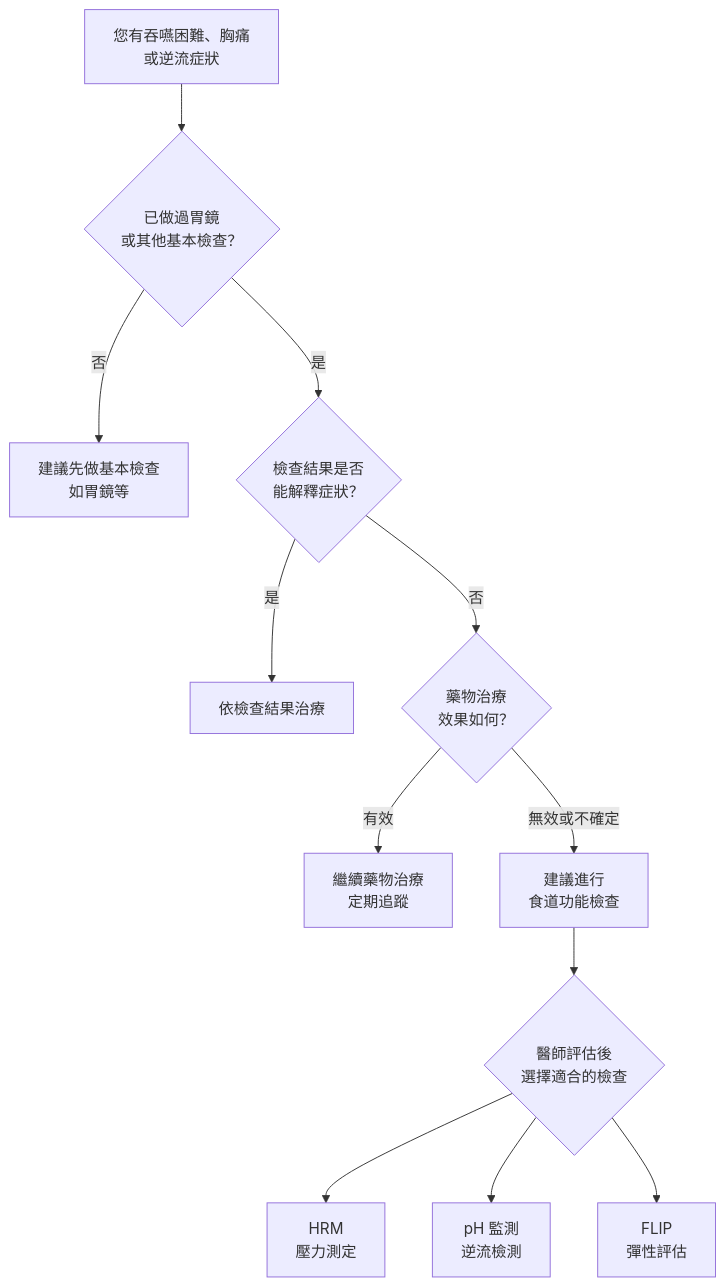
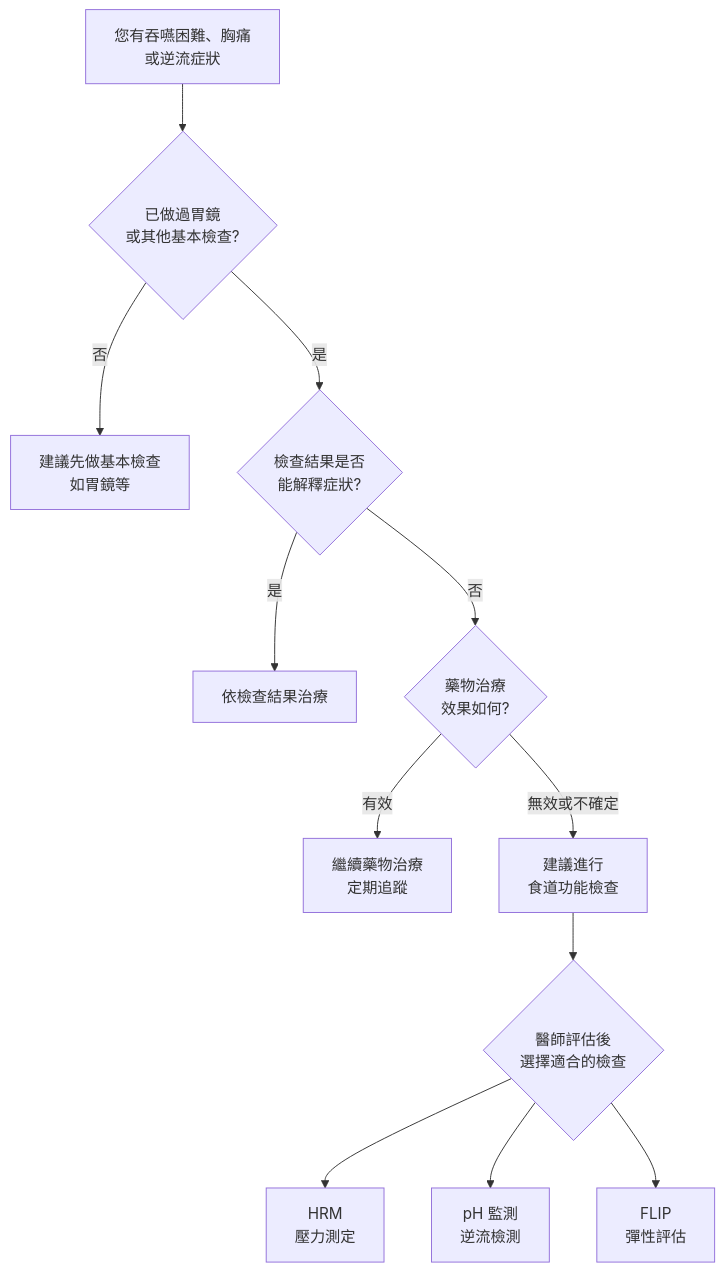
The second of 2 diagrams in 食道功能檢查/一般版/01_什麼是食道功能檢查.md (dontchangela-bit/esophageal-education), drawn with Mermaid before and after one commit. The commit also changed other lines of this file and 59 other files, not shown here.

First line of the commit message:
Fix Mermaid v11.13 syntax errors across all esophageal files

````diff
--- a/食道功能檢查/一般版/01_什麼是食道功能檢查.md
+++ b/食道功能檢查/一般版/01_什麼是食道功能檢查.md
@@ -79,14 +79,14 @@
 ```mermaid
 flowchart TD
-    Start[您有吞嚥困難、胸痛<br>或逆流症狀] --> Q1{已做過胃鏡<br>或其他基本檢查？}
-    Q1 -->|否| A1[建議先做基本檢查<br>如胃鏡等]
-    Q1 -->|是| Q2{檢查結果是否<br>能解釋症狀？}
+    Start[您有吞嚥困難、胸痛<br/>或逆流症狀] --> Q1{已做過胃鏡<br/>或其他基本檢查?}
+    Q1 -->|否| A1[建議先做基本檢查<br/>如胃鏡等]
+    Q1 -->|是| Q2{檢查結果是否<br/>能解釋症狀?}
     Q2 -->|是| A2[依檢查結果治療]
-    Q2 -->|否| Q3{藥物治療<br>效果如何？}
-    Q3 -->|有效| A3[繼續藥物治療<br>定期追蹤]
-    Q3 -->|無效或不確定| A4[建議進行<br>食道功能檢查]
-    A4 --> Q4{醫師評估後<br>選擇適合的檢查}
-    Q4 --> R1[HRM<br>壓力測定]
-    Q4 --> R2[pH 監測<br>逆流檢測]
-    Q4 --> R3[FLIP<br>彈性評估]
+    Q2 -->|否| Q3{藥物治療<br/>效果如何?}
+    Q3 -->|有效| A3[繼續藥物治療<br/>定期追蹤]
+    Q3 -->|無效或不確定| A4[建議進行<br/>食道功能檢查]
+    A4 --> Q4{醫師評估後<br/>選擇適合的檢查}
+    Q4 --> R1[HRM<br/>壓力測定]
+    Q4 --> R2[pH 監測<br/>逆流檢測]
+    Q4 --> R3[FLIP<br/>彈性評估]
 ```
````
